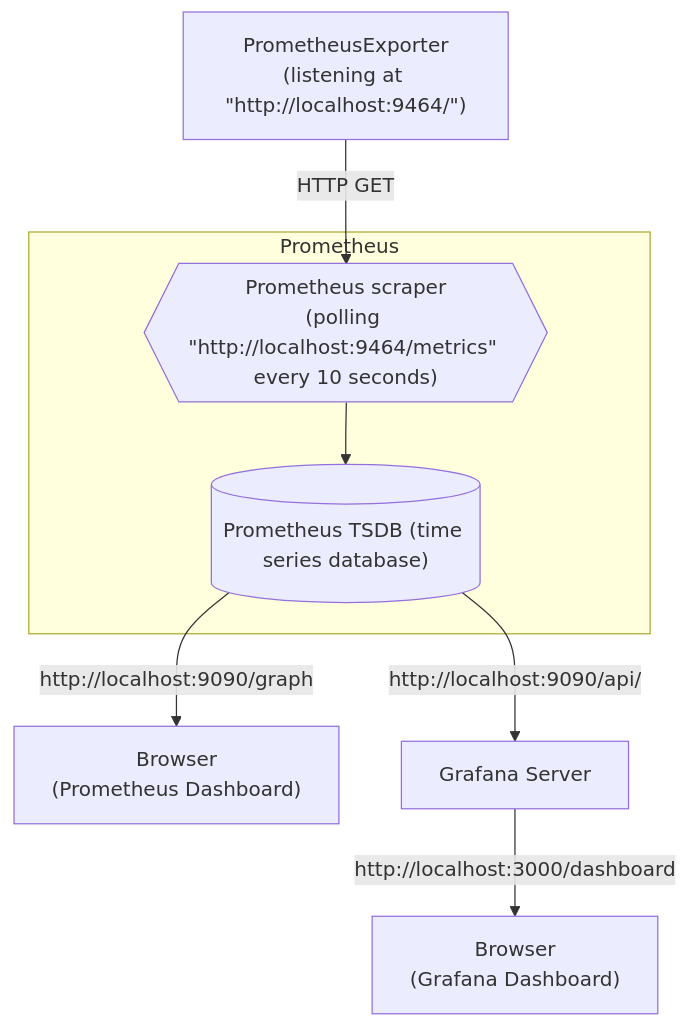
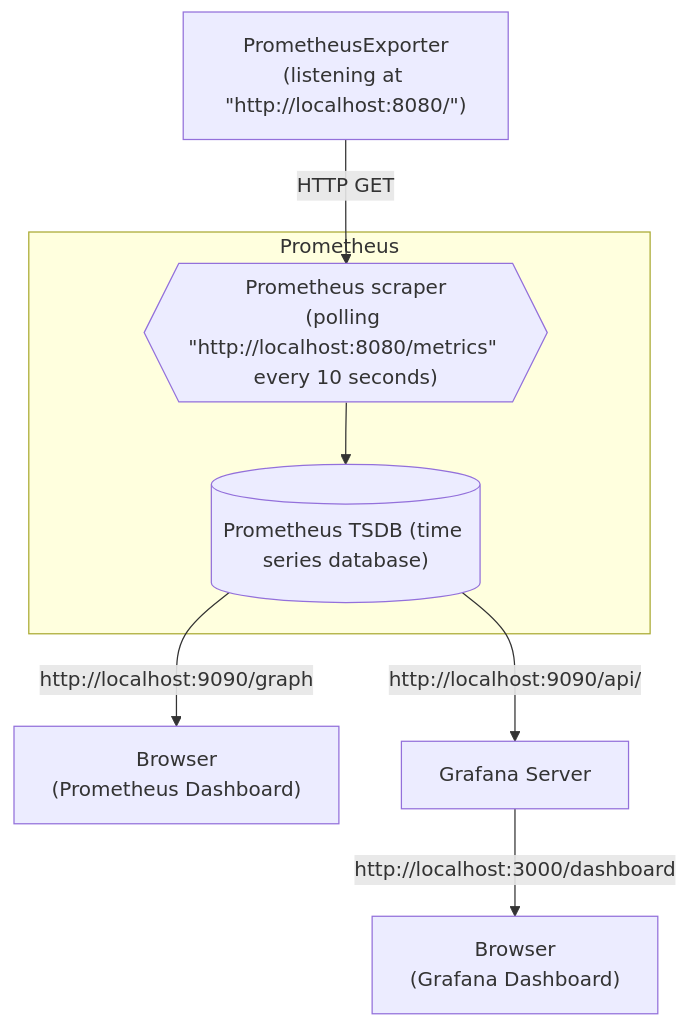
Before and after one commit to open-telemetry/opentelemetry-cpp: the second of 2 diagrams in examples/prometheus/README.md, drawn with Mermaid. The commit also changed other lines of this file, not shown here.

````diff
--- a/examples/prometheus/README.md
+++ b/examples/prometheus/README.md
@@ -183,14 +192,14 @@
 ```mermaid
 graph TD
 
 subgraph Prometheus
   PrometheusScraper
   PrometheusDatabase
 end
 
-PrometheusExporter["PrometheusExporter<br/>(listening at #quot;http://localhost:9464/#quot;)"] -->|HTTP GET| PrometheusScraper{{"Prometheus scraper<br/>(polling #quot;http://localhost:9464/metrics#quot; every 10 seconds)"}}
+PrometheusExporter["PrometheusExporter<br/>(listening at #quot;http://localhost:8080/#quot;)"] -->|HTTP GET| PrometheusScraper{{"Prometheus scraper<br/>(polling #quot;http://localhost:8080/metrics#quot; every 10 seconds)"}}
 PrometheusScraper --> PrometheusDatabase[("Prometheus TSDB (time series database)")]
 PrometheusDatabase -->|http://localhost:9090/graph| PrometheusUI["Browser<br/>(Prometheus Dashboard)"]
 PrometheusDatabase -->|http://localhost:9090/api/| Grafana[Grafana Server]
 Grafana -->|http://localhost:3000/dashboard| GrafanaUI["Browser<br/>(Grafana Dashboard)"]
 ```
````
